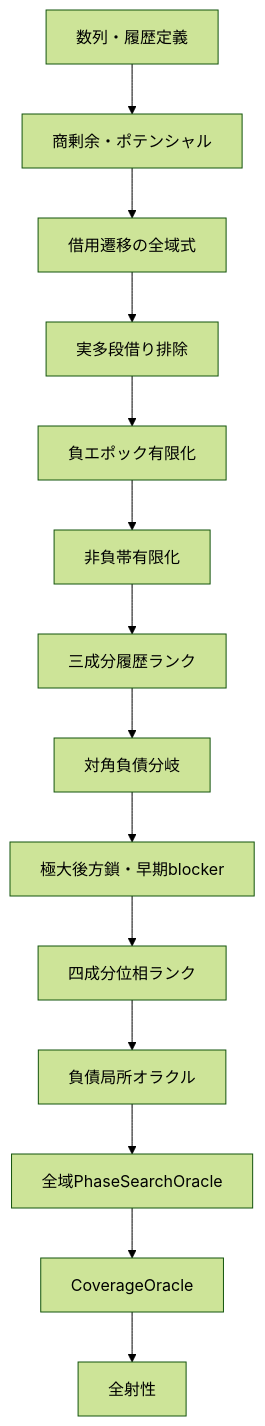
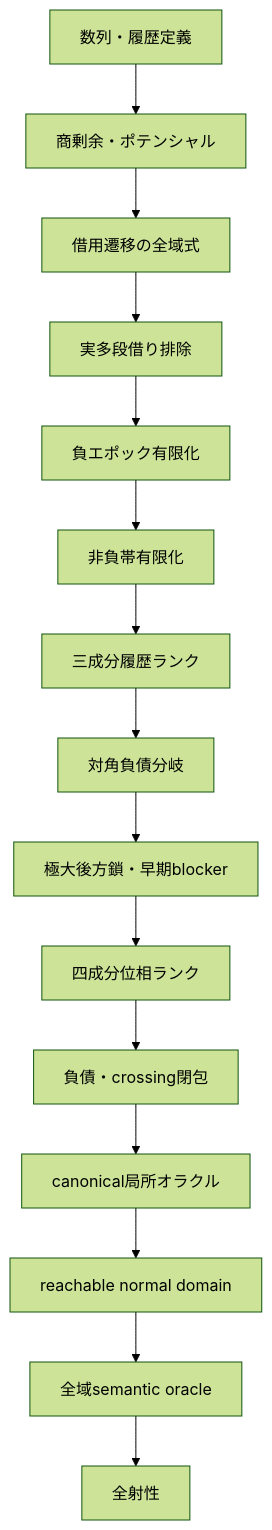
One commit to hirokidaichi/recaman-lean-research changed the first of 2 diagrams in docs/PROOF_MAP.md. Above: the diagram before and after it, drawn with Mermaid (forest theme). The commit also changed other lines of this file and 17 other files, not shown here.

````diff
--- a/docs/PROOF_MAP.md
+++ b/docs/PROOF_MAP.md
@@ -8,16 +8,17 @@
 ```mermaid
 flowchart TD
     A["数列・履歴定義"] --> B["商剰余・ポテンシャル"]
     B --> C["借用遷移の全域式"]
     C --> D["実多段借り排除"]
     D --> E["負エポック有限化"]
     E --> F["非負帯有限化"]
     F --> G["三成分履歴ランク"]
     G --> H["対角負債分岐"]
     H --> I["極大後方鎖・早期blocker"]
     I --> J["四成分位相ランク"]
-    J --> K["負債局所オラクル"]
-    K --> L["全域PhaseSearchOracle"]
-    L --> M["CoverageOracle"]
-    M --> N["全射性"]
+    J --> K["負債・crossing閉包"]
+    K --> L["canonical局所オラクル"]
+    L --> M["reachable normal domain"]
+    M --> N["全域semantic oracle"]
+    N --> O["全射性"]
 ```
````
